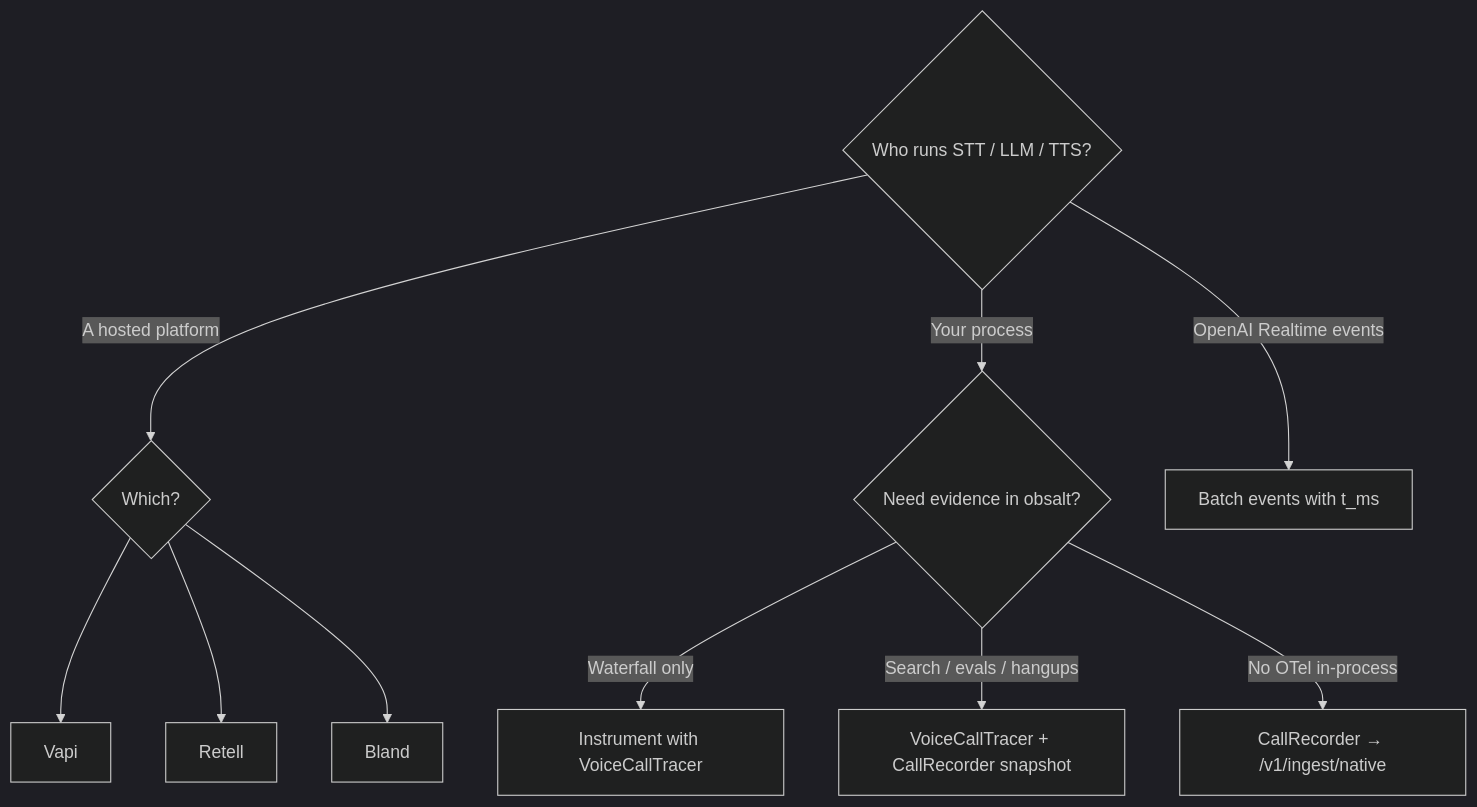
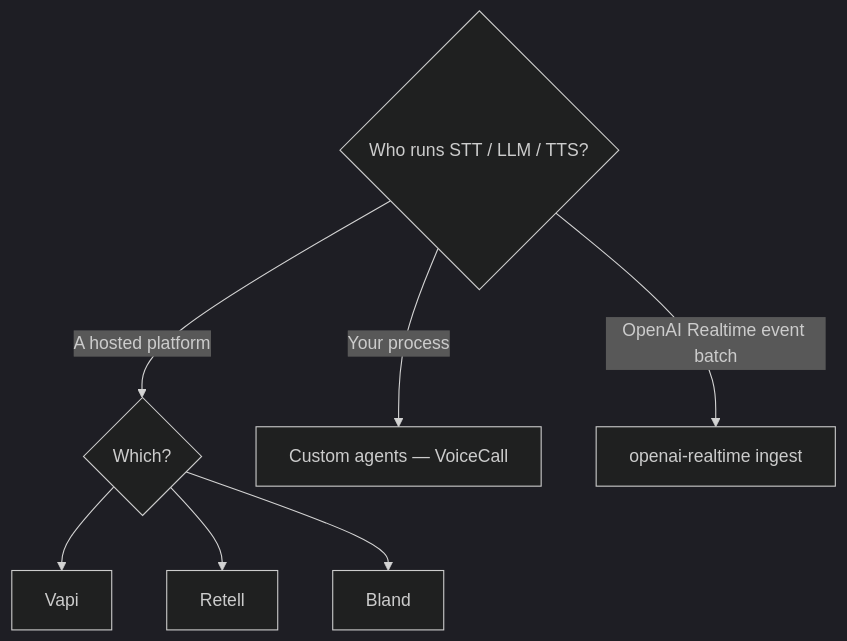
Before and after one commit to obsalt/obsalt-legacy: the diagram in docs/providers/index.md, drawn with Mermaid (dark theme). The commit also changed other lines of this file and 50 other files, not shown here.

First line of the commit message:
Separate hosted vs Pipecat paths and unify the custom-agent SDK

````diff
--- a/docs/providers/index.md
+++ b/docs/providers/index.md
@@ -5,13 +7,10 @@
 ```mermaid
 flowchart TD
   Q{"Who runs STT / LLM / TTS?"}
   Q -->|"A hosted platform"| H{"Which?"}
-  Q -->|"Your process"| Y{"Need evidence in obsalt?"}
+  Q -->|"Your process"| Y["Custom agents — VoiceCall"]
+  Q -->|"OpenAI Realtime event batch"| RT["openai-realtime ingest"]
   H --> Vapi["Vapi"]
   H --> Retell["Retell"]
   H --> Bland["Bland"]
-  Y -->|"Waterfall only"| SDK["Instrument with VoiceCallTracer"]
-  Y -->|"Search / evals / hangups"| Both["VoiceCallTracer + CallRecorder snapshot"]
-  Y -->|"No OTel in-process"| Nat["CallRecorder → /v1/ingest/native"]
-  Q -->|"OpenAI Realtime events"| RT["Batch events with t_ms"]
 ```
````
